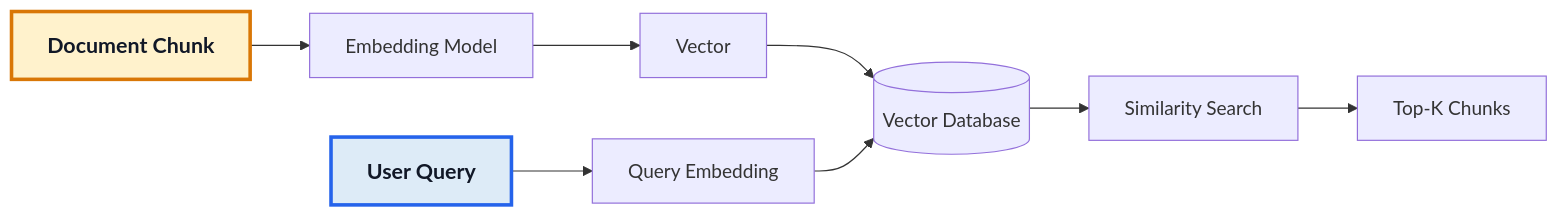
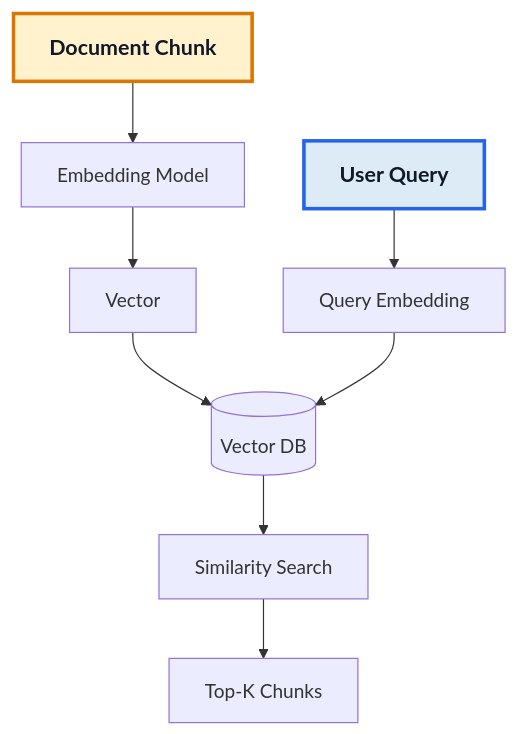
Before and after one commit to azam123/awesome-ai-engineer: the fourth of 26 diagrams in AI-Engineer-Interview-Questions-2026.md, drawn with Mermaid. The commit also changed other lines of this file, not shown here.

Commit message:
docs: make Mermaid diagrams fit narrow screens

````diff
--- a/AI-Engineer-Interview-Questions-2026.md
+++ b/AI-Engineer-Interview-Questions-2026.md
@@ -396,15 +396,15 @@
 ```mermaid
-flowchart LR
+flowchart TD
 A[Document Chunk] --> B[Embedding Model]
 B --> C[Vector]
-C --> D[(Vector Database)]
+C --> D[(Vector DB)]
 E[User Query] --> F[Query Embedding]
 F --> D
 D --> G[Similarity Search]
 G --> H[Top-K Chunks]
 class A yellow
 class E blue
 classDef yellow fill:#FFF2CC,stroke:#D97706,stroke-width:3px,color:#111827,font-size:18px,font-weight:bold;
 classDef blue fill:#DDEBF7,stroke:#2563EB,stroke-width:3px,color:#111827,font-size:18px,font-weight:bold;
 classDef green fill:#E2F0D9,stroke:#15803D,stroke-width:3px,color:#111827,font-size:18px,font-weight:bold;
 ```
````
